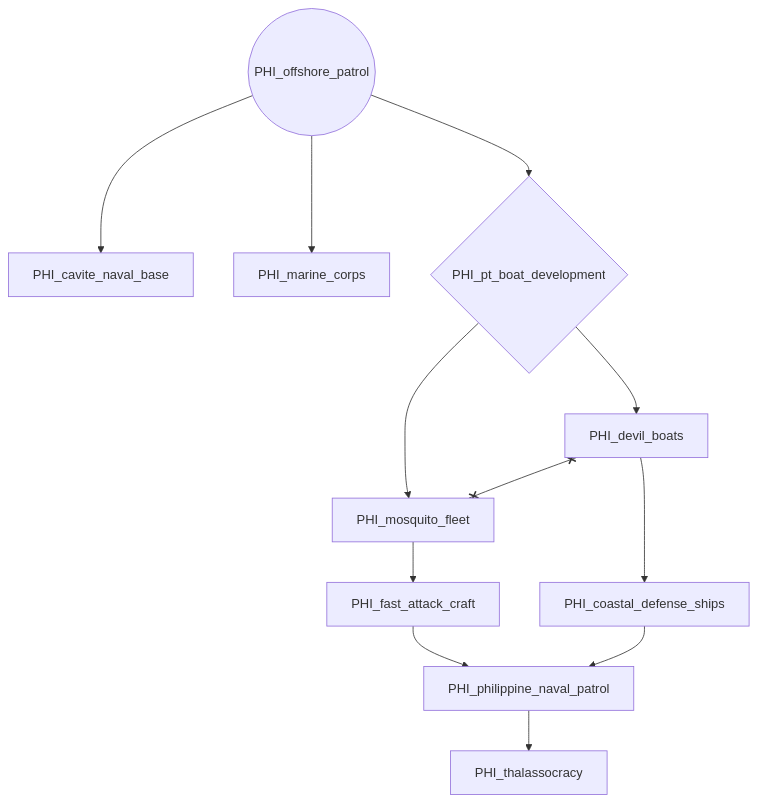
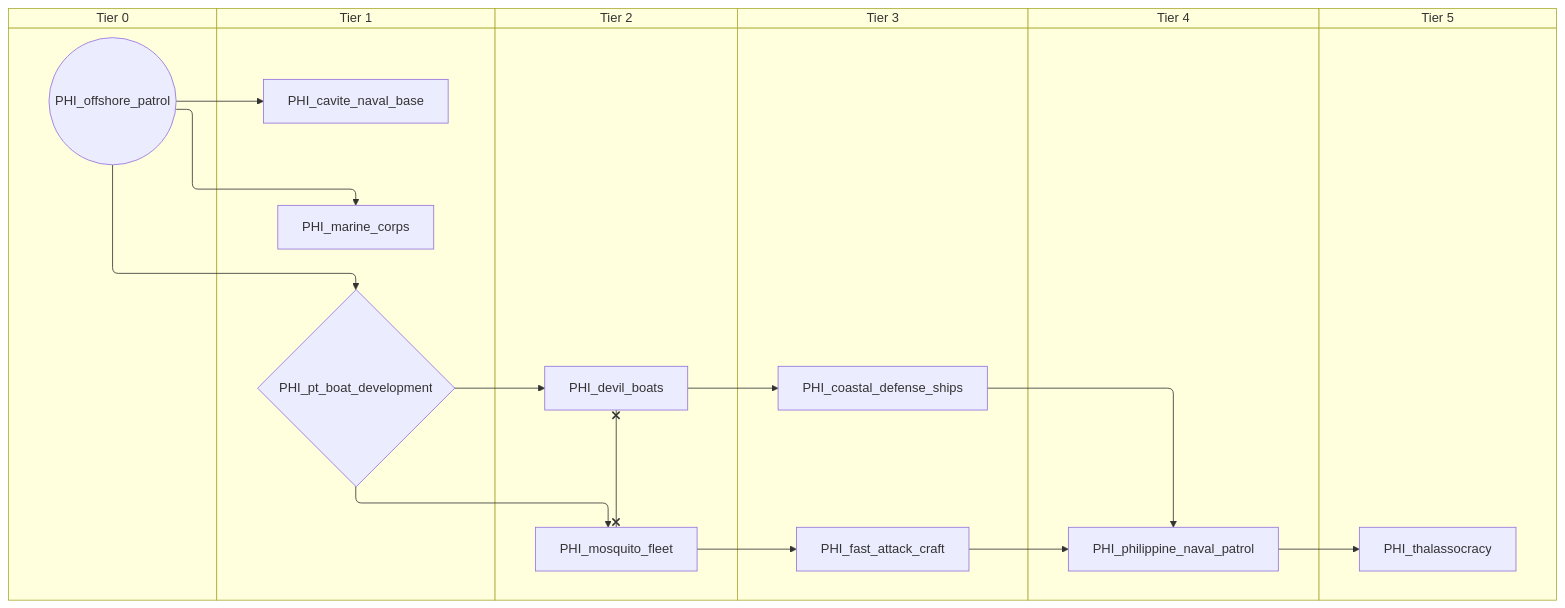
One commit to evgeny-sobol/hoi4-sandbox-mode changed the fourth of 7 diagrams in docs/gdd/National Focuses/philippines.md. Above: the diagram before and after it, drawn with Mermaid. The commit also changed other lines of this file and 80 other files, not shown here.

First line of the commit message:
Add swimlane mode to focus graph exporter

````diff
--- a/docs/gdd/National Focuses/philippines.md
+++ b/docs/gdd/National Focuses/philippines.md
@@ -330,24 +384,36 @@
 ```mermaid
-flowchart TD
-    n118["PHI_cavite_naval_base"]
-    n119["PHI_coastal_defense_ships"]
-    n120["PHI_devil_boats"]
-    n121["PHI_fast_attack_craft"]
-    n122["PHI_marine_corps"]
-    n123["PHI_mosquito_fleet"]
-    n124(("PHI_offshore_patrol"))
-    n125["PHI_philippine_naval_patrol"]
-    n126{"PHI_pt_boat_development"}
-    n127["PHI_thalassocracy"]
-    n124 --> n118
-    n120 --> n119
-    n126 --> n120
-    n123 --> n121
-    n124 --> n122
-    n126 --> n123
-    n121 --> n125
-    n119 --> n125
+swimlane-beta TD
+    subgraph tier_0["Tier 0"]
+        n118(("PHI_offshore_patrol"))
+    end
+    subgraph tier_1["Tier 1"]
+        n119["PHI_cavite_naval_base"]
+        n120["PHI_marine_corps"]
+        n121{"PHI_pt_boat_development"}
+    end
+    subgraph tier_2["Tier 2"]
+        n122["PHI_devil_boats"]
+        n123["PHI_mosquito_fleet"]
+    end
+    subgraph tier_3["Tier 3"]
+        n124["PHI_coastal_defense_ships"]
+        n125["PHI_fast_attack_craft"]
+    end
+    subgraph tier_4["Tier 4"]
+        n126["PHI_philippine_naval_patrol"]
+    end
+    subgraph tier_5["Tier 5"]
+        n127["PHI_thalassocracy"]
+    end
+    n118 --> n119
+    n122 --> n124
+    n121 --> n122
+    n123 --> n125
+    n118 --> n120
+    n121 --> n123
+    n125 --> n126
     n124 --> n126
-    n125 --> n127
-    n120 x--x n123
+    n118 --> n121
+    n126 --> n127
+    n122 x--x n123
 ```
````
